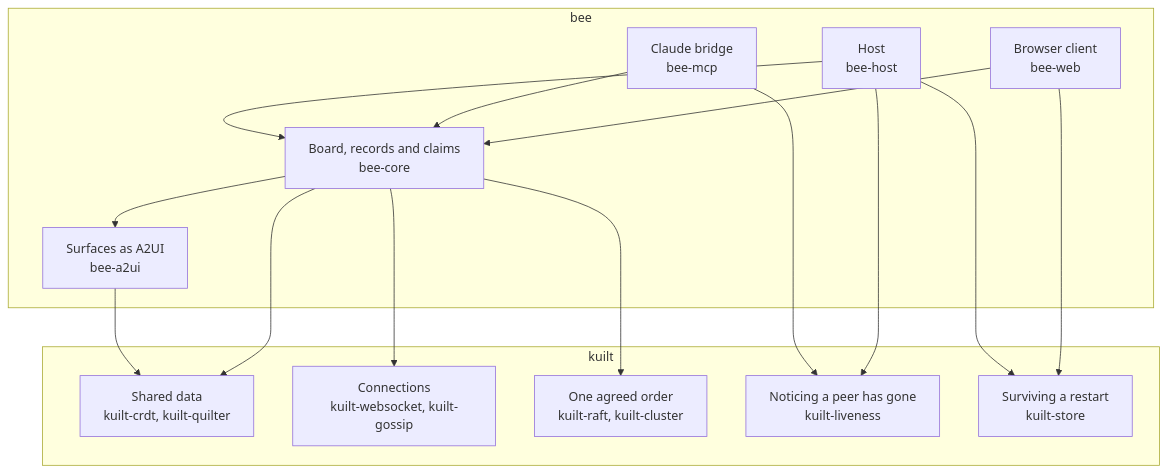
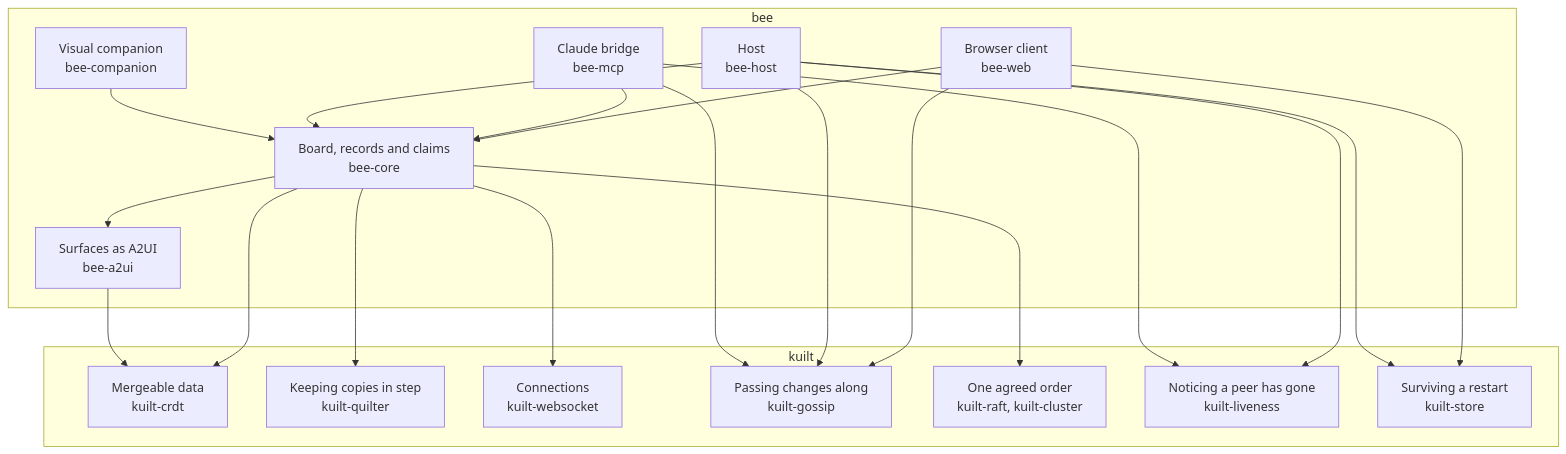
One commit to tractat-us/bee changed the diagram in docs/bee-and-kuilt.md. Above: the diagram before and after it, drawn with Mermaid. The commit also changed other lines of this file, not shown here.

Commit message:
wip: diagram matches each module's declared kuilt dependencies

````diff
--- a/docs/bee-and-kuilt.md
+++ b/docs/bee-and-kuilt.md
@@ -71,29 +71,37 @@
 ```mermaid
 flowchart TB
   subgraph bee
     web["Browser client<br/>bee-web"]
     mcp["Claude bridge<br/>bee-mcp"]
     host["Host<br/>bee-host"]
+    companion["Visual companion<br/>bee-companion"]
     core["Board, records and claims<br/>bee-core"]
     a2ui["Surfaces as A2UI<br/>bee-a2ui"]
   end
   subgraph kuilt
-    data["Shared data<br/>kuilt-crdt, kuilt-quilter"]
-    wire["Connections<br/>kuilt-websocket, kuilt-gossip"]
+    crdt["Mergeable data<br/>kuilt-crdt"]
+    quilter["Keeping copies in step<br/>kuilt-quilter"]
+    socket["Connections<br/>kuilt-websocket"]
+    gossip["Passing changes along<br/>kuilt-gossip"]
     vote["One agreed order<br/>kuilt-raft, kuilt-cluster"]
     alive["Noticing a peer has gone<br/>kuilt-liveness"]
     disk["Surviving a restart<br/>kuilt-store"]
   end
   web --> core
   mcp --> core
   host --> core
+  companion --> core
   core --> a2ui
-  core --> data
-  core --> wire
+  core --> crdt
+  core --> quilter
+  core --> socket
   core --> vote
-  a2ui --> data
+  a2ui --> crdt
+  web --> gossip
+  host --> gossip
+  mcp --> gossip
   web --> disk
   host --> disk
   host --> alive
   mcp --> alive
 ```
````
